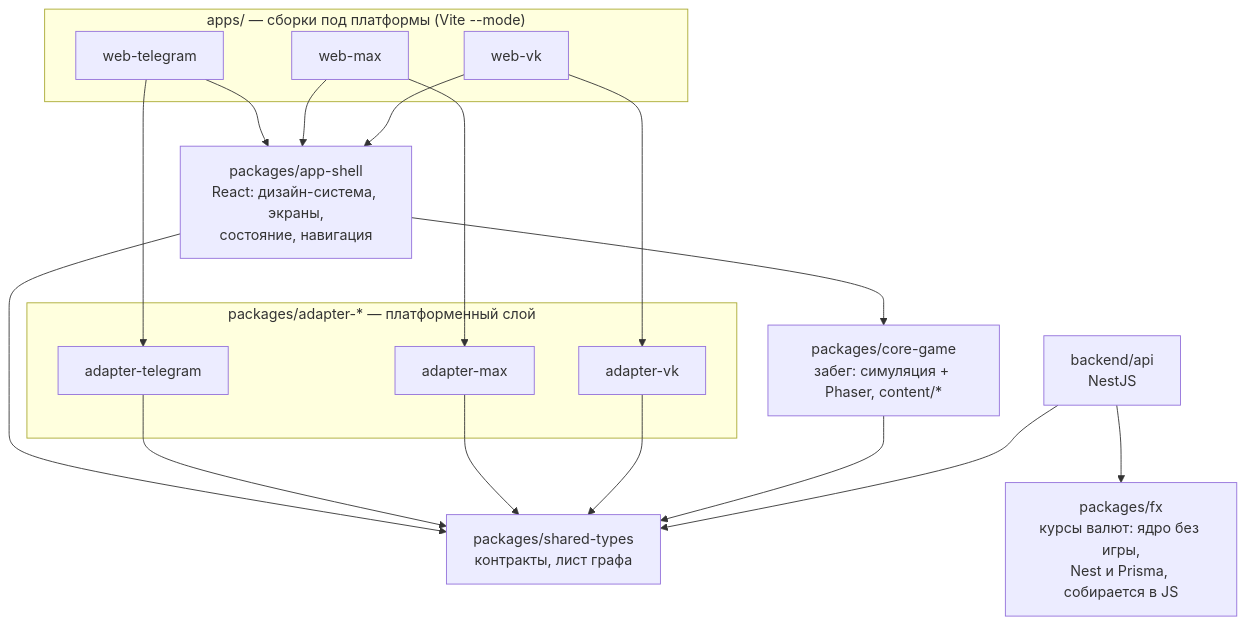
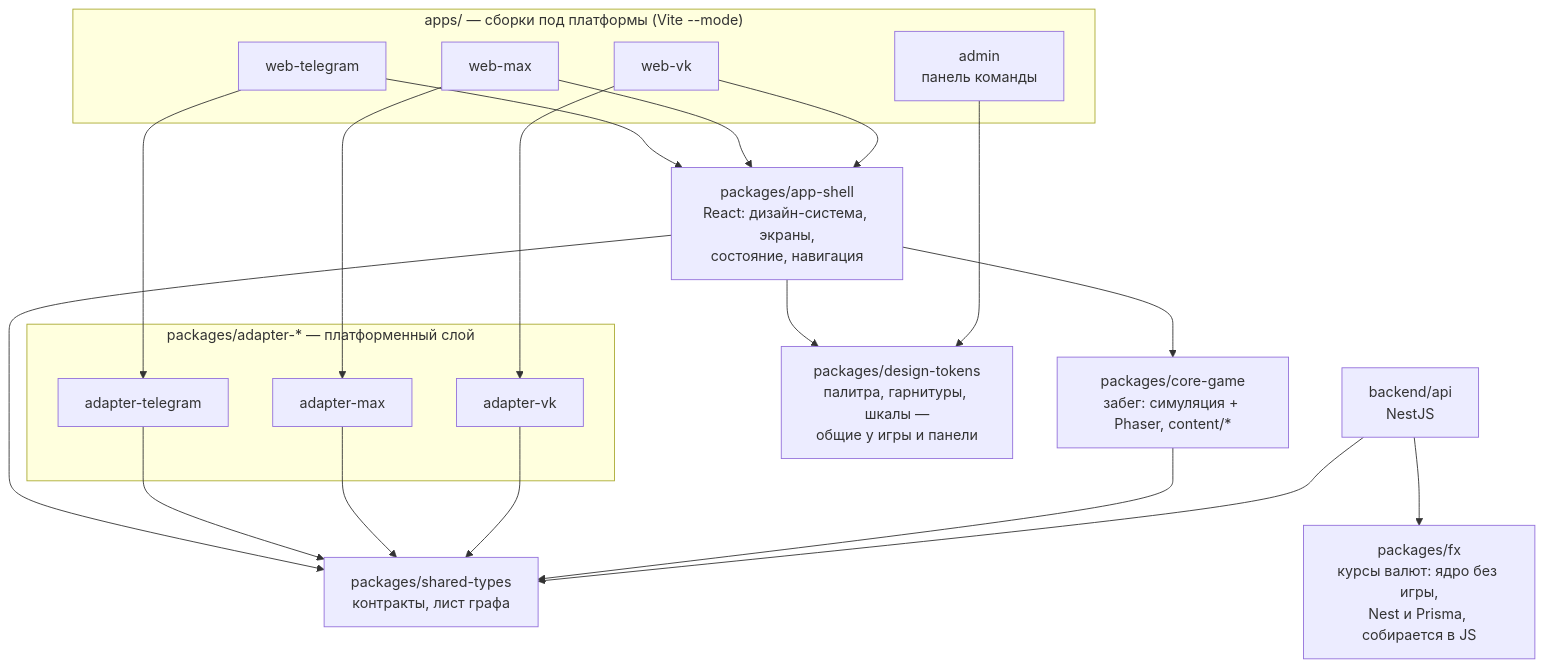
One commit to JJSGxKD/rubezh changed the fifth of 25 diagrams in docs/21-diagrams.md. Above: the diagram before and after it, drawn with Mermaid. The commit also changed other lines of this file and 4 other files, not shown here.

````diff
--- a/docs/21-diagrams.md
+++ b/docs/21-diagrams.md
@@ -674,36 +674,40 @@
 ```mermaid
 flowchart TD
     subgraph apps["apps/ — сборки под платформы (Vite --mode)"]
         WT["web-telegram"]
         WM["web-max"]
         WV["web-vk"]
+        ADM["admin<br/>панель команды"]
     end
 
     subgraph adapters["packages/adapter-* — платформенный слой"]
         AT["adapter-telegram"]
         AM["adapter-max"]
         AV["adapter-vk"]
     end
 
     SH["packages/app-shell<br/>React: дизайн-система, экраны,<br/>состояние, навигация"]
     CG["packages/core-game<br/>забег: симуляция + Phaser, content/*"]
     ST["packages/shared-types<br/>контракты, лист графа"]
     FX["packages/fx<br/>курсы валют: ядро без игры,<br/>Nest и Prisma, собирается в JS"]
     API["backend/api<br/>NestJS"]
+    DT["packages/design-tokens<br/>палитра, гарнитуры, шкалы —<br/>общие у игры и панели"]
 
     WT --> SH
     WT --> AT
     WM --> SH
     WM --> AM
     WV --> SH
     WV --> AV
 
     SH --> CG
     SH --> ST
     AT --> ST
     AM --> ST
     AV --> ST
     CG --> ST
     API --> ST
     API --> FX
+    SH --> DT
+    ADM --> DT
 ```
````
